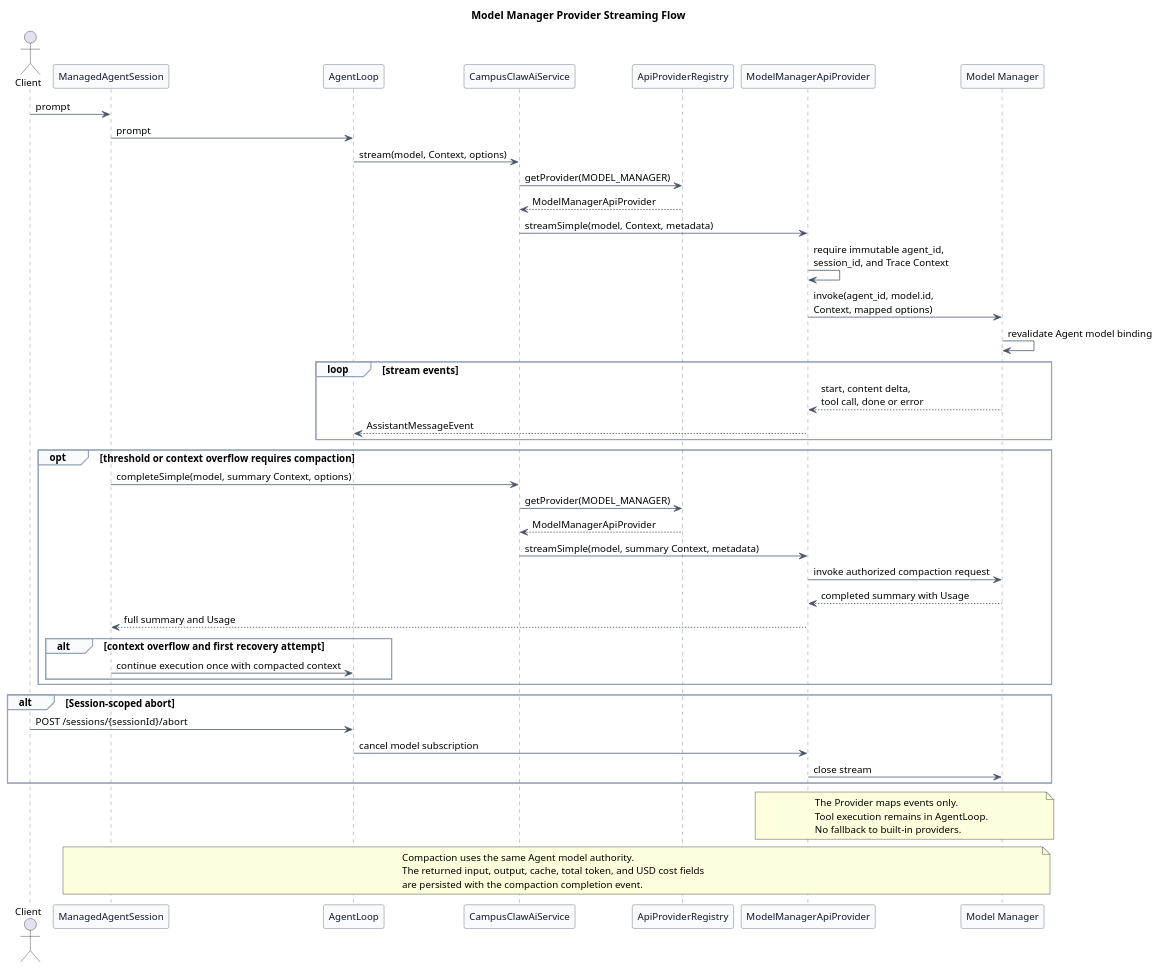
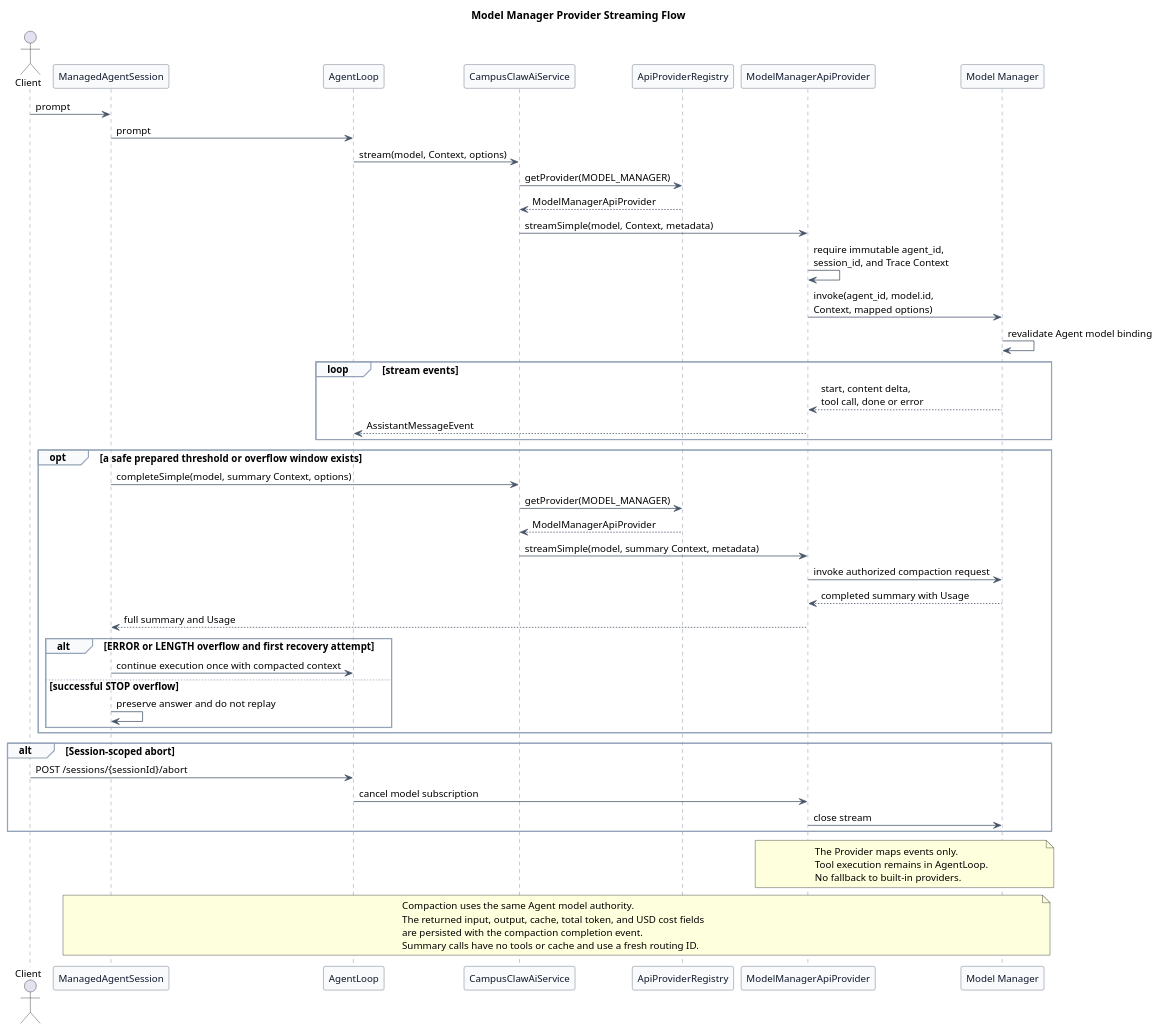
Before and after one commit to ssm0808/pi-mono-java-design: the diagram in pi-mono-java-manager-driven-multi-agent-runtime/diagrams/model-manager/diagram.puml, drawn with PlantUML. The commit also changed 15 other files, not shown here.

```diff
--- a/pi-mono-java-manager-driven-multi-agent-runtime/diagrams/model-manager/diagram.puml
+++ b/pi-mono-java-manager-driven-multi-agent-runtime/diagrams/model-manager/diagram.puml
@@ -1,87 +1,92 @@
 @startuml model_manager_streaming_flow
 title Model Manager Provider Streaming Flow
 
 ' Source evidence (pi-mono 5cd93f688aaab89dbb6dfa4aca535f21796ae185):
 ' packages/ai/src/types.ts, Model, Context, AssistantMessageEvent, and Usage.
-' packages/coding-agent/src/core/agent-session.ts, auto compaction and overflow recovery.
+' packages/coding-agent/src/core/agent-session.ts, _checkCompaction and _runAutoCompaction.
+' packages/coding-agent/src/core/compaction/compaction.ts, generateSummaryWithUsage.
+' packages/ai/src/utils/overflow.ts, isContextOverflow and isRecoverableLength.
 ' Source evidence (pi-mono-java PR 167 f60cc3e78bb8b700527ac082c7c8e10524ede095):
 ' modules/ai/src/main/java/com/campusclaw/ai/provider/ApiProvider.java, ApiProvider.
 ' modules/ai/src/main/java/com/campusclaw/ai/provider/ApiProviderRegistry.java, ApiProviderRegistry.
 ' modules/ai/src/main/java/com/campusclaw/ai/types/SimpleStreamOptions.java, metadata.
 ' modules/ai/src/main/java/com/campusclaw/ai/stream/AssistantMessageEvent.java, event records.
 ' Observed behavior: Java dispatches by Model.api to a Spring-discovered ApiProvider.
 ' Architecture change: one MODEL_MANAGER Api routes every managed model through Model Manager.
 ' Design reason: model_id selects the model while agent_id authorizes it for the current Agent.
 ' Architecture change: ManagedAgentSession owns compaction calls and preserves their returned Usage.
 
 skinparam backgroundColor #FFFFFF
 skinparam shadowing false
 skinparam defaultFontName Arial
 skinparam defaultFontSize 13
 skinparam participant {
   BackgroundColor #F8FAFC
   BorderColor #475569
   FontColor #0F172A
 }
 skinparam ArrowColor #475569
 skinparam sequence {
   LifeLineBorderColor #64748B
   LifeLineBackgroundColor #F8FAFC
   GroupBorderColor #94A3B8
   GroupBackgroundColor #F8FAFC
 }
 
 actor Client
 participant "ManagedAgentSession" as Session
 participant "AgentLoop" as Loop
 participant "CampusClawAiService" as AiService
 participant "ApiProviderRegistry" as Registry
 participant "ModelManagerApiProvider" as Provider
 participant "Model Manager" as ModelManager
 
 Client -> Session : prompt
 Session -> Loop : prompt
 Loop -> AiService : stream(model, Context, options)
 AiService -> Registry : getProvider(MODEL_MANAGER)
 Registry --> AiService : ModelManagerApiProvider
 AiService -> Provider : streamSimple(model, Context, metadata)
 Provider -> Provider : require immutable agent_id,\nsession_id, and Trace Context
 Provider -> ModelManager : invoke(agent_id, model.id,\nContext, mapped options)
 ModelManager -> ModelManager : revalidate Agent model binding
 
 loop stream events
   ModelManager --> Provider : start, content delta,\ntool call, done or error
   Provider --> Loop : AssistantMessageEvent
 end
 
-opt threshold or context overflow requires compaction
+opt a safe prepared threshold or overflow window exists
   Session -> AiService : completeSimple(model, summary Context, options)
   AiService -> Registry : getProvider(MODEL_MANAGER)
   Registry --> AiService : ModelManagerApiProvider
   AiService -> Provider : streamSimple(model, summary Context, metadata)
   Provider -> ModelManager : invoke authorized compaction request
   ModelManager --> Provider : completed summary with Usage
   Provider --> Session : full summary and Usage
-  alt context overflow and first recovery attempt
+  alt ERROR or LENGTH overflow and first recovery attempt
     Session -> Loop : continue execution once with compacted context
+  else successful STOP overflow
+    Session -> Session : preserve answer and do not replay
   end
 end
 
 alt Session-scoped abort
   Client -> Loop : POST /sessions/{sessionId}/abort
   Loop -> Provider : cancel model subscription
   Provider -> ModelManager : close stream
 end
 
 note over Provider,ModelManager
 The Provider maps events only.
 Tool execution remains in AgentLoop.
 No fallback to built-in providers.
 end note
 
 note over Session,ModelManager
 Compaction uses the same Agent model authority.
 The returned input, output, cache, total token, and USD cost fields
 are persisted with the compaction completion event.
+Summary calls have no tools or cache and use a fresh routing ID.
 end note
 @enduml
```
